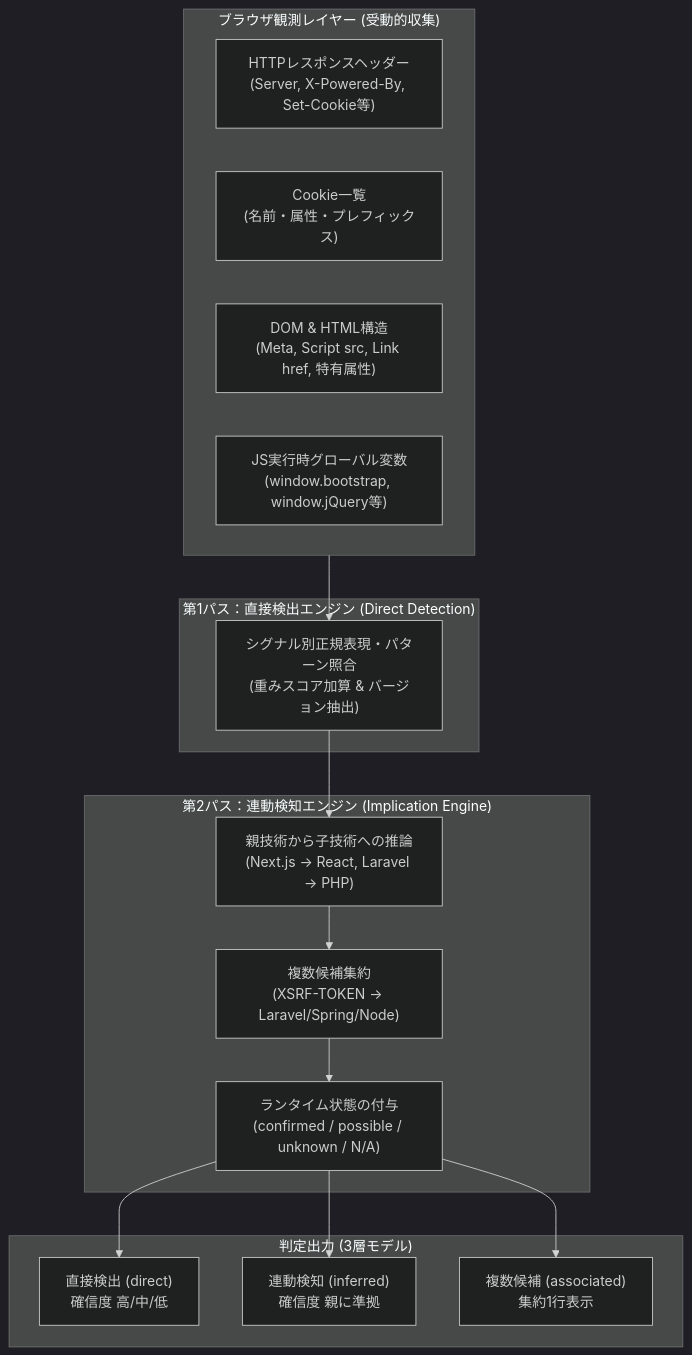
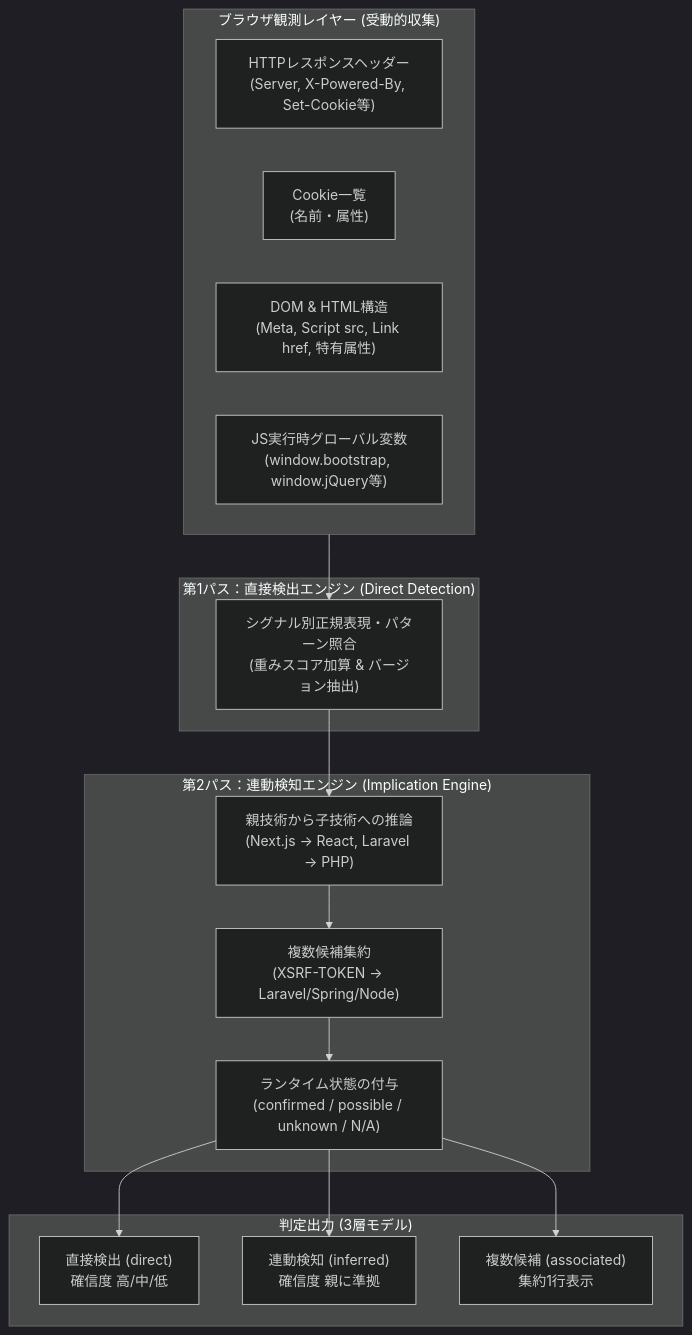
Before and after one commit to moritama/web-inspector: the first of 3 diagrams in docs/DETECTION_SPECIFICATION.md, drawn with Mermaid (dark theme). The commit also changed 11 other files, not shown here.

````diff
--- a/docs/DETECTION_SPECIFICATION.md
+++ b/docs/DETECTION_SPECIFICATION.md
@@ -18,33 +18,33 @@
 ```mermaid
 flowchart TD
     subgraph Browser["ブラウザ観測レイヤー (受動的収集)"]
         H["HTTPレスポンスヘッダー<br/>(Server, X-Powered-By, Set-Cookie等)"]
-        C["Cookie一覧<br/>(名前・属性・プレフィックス)"]
+        C["Cookie一覧<br/>(名前・属性)"]
         D["DOM & HTML構造<br/>(Meta, Script src, Link href, 特有属性)"]
         R["JS実行時グローバル変数<br/>(window.bootstrap, window.jQuery等)"]
     end
 
     subgraph Pass1["第1パス：直接検出エンジン (Direct Detection)"]
         DirectMatch["シグナル別正規表現・パターン照合<br/>(重みスコア加算 & バージョン抽出)"]
     end
 
     subgraph Pass2["第2パス：連動検知エンジン (Implication Engine)"]
         ParentChild["親技術から子技術への推論<br/>(Next.js → React, Laravel → PHP)"]
         CandidateGroup["複数候補集約<br/>(XSRF-TOKEN → Laravel/Spring/Node)"]
         StatusAssign["ランタイム状態の付与<br/>(confirmed / possible / unknown / N/A)"]
     end
 
     subgraph Result["判定出力 (3層モデル)"]
         O_Direct["直接検出 (direct)<br/>確信度 高/中/低"]
         O_Inferred["連動検知 (inferred)<br/>確信度 親に準拠"]
         O_Assoc["複数候補 (associated)<br/>集約1行表示"]
     end
 
     Browser --> DirectMatch
     DirectMatch --> ParentChild
     ParentChild --> CandidateGroup
     CandidateGroup --> StatusAssign
     StatusAssign --> O_Direct
     StatusAssign --> O_Inferred
     StatusAssign --> O_Assoc
 ```
````
